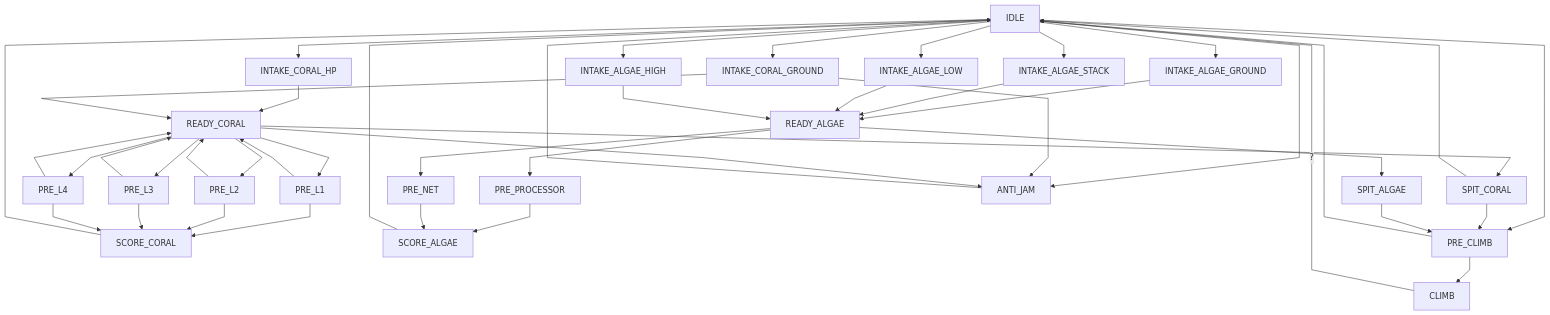
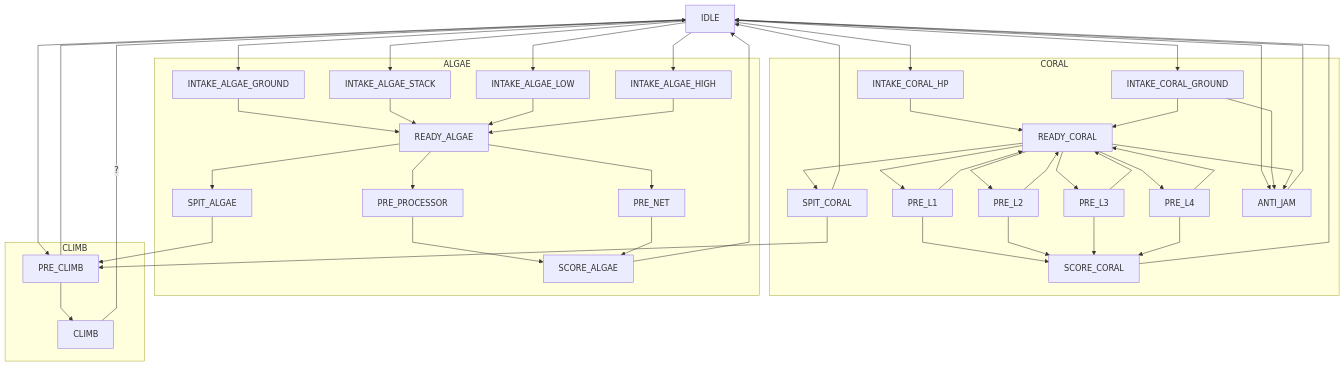
One commit to HighlanderRobotics/Reefscape changed the diagram in notes/superstructure.md. Above: the diagram before and after it, drawn with Mermaid.

Commit message:
clean up graph a little

````diff
--- a/notes/superstructure.md
+++ b/notes/superstructure.md
@@ -3,62 +3,80 @@
 ```mermaid
 %%{ init: { 'flowchart': { 'curve': 'linear' } } }%%
 graph TD;
 
 IDLE
 
 IDLE --> INTAKE_CORAL_HP
 IDLE --> INTAKE_CORAL_GROUND
+SCORE_CORAL --> IDLE
+SPIT_CORAL --> IDLE
+
+subgraph CORAL
+
+INTAKE_CORAL_HP
+INTAKE_CORAL_GROUND
 INTAKE_CORAL_HP --> READY_CORAL
 INTAKE_CORAL_GROUND --> READY_CORAL
 
 READY_CORAL --> SPIT_CORAL
-SPIT_CORAL --> IDLE
 
 READY_CORAL --> PRE_L1
 READY_CORAL --> PRE_L2
 READY_CORAL --> PRE_L3
 READY_CORAL --> PRE_L4
 
 SCORE_CORAL
 PRE_L1 --> SCORE_CORAL
 PRE_L2 --> SCORE_CORAL
 PRE_L3 --> SCORE_CORAL
 PRE_L4 --> SCORE_CORAL
 
 PRE_L1 --> READY_CORAL
 PRE_L2 --> READY_CORAL
 PRE_L3 --> READY_CORAL
 PRE_L4 --> READY_CORAL
-SCORE_CORAL --> IDLE
+
+ANTI_JAM
+
+end
 
 IDLE --> INTAKE_ALGAE_GROUND
 IDLE --> INTAKE_ALGAE_STACK
 IDLE --> INTAKE_ALGAE_LOW
 IDLE --> INTAKE_ALGAE_HIGH
+
+SCORE_ALGAE --> IDLE
+
+subgraph ALGAE
 
 INTAKE_ALGAE_GROUND --> READY_ALGAE
 INTAKE_ALGAE_STACK --> READY_ALGAE
 INTAKE_ALGAE_LOW --> READY_ALGAE
 INTAKE_ALGAE_HIGH --> READY_ALGAE
 
 READY_ALGAE --> SPIT_ALGAE
 READY_ALGAE --> PRE_PROCESSOR
 READY_ALGAE --> PRE_NET
 
 PRE_PROCESSOR --> SCORE_ALGAE
 PRE_NET --> SCORE_ALGAE
 
-SCORE_ALGAE --> IDLE
+end
 
 IDLE --> ANTI_JAM
 ANTI_JAM --> IDLE
 INTAKE_CORAL_GROUND --> ANTI_JAM
 READY_CORAL --> ANTI_JAM
 
 IDLE --> PRE_CLIMB
+PRE_CLIMB --> IDLE
+CLIMB --"?"--> IDLE
+
+subgraph climb [CLIMB]
+
 SPIT_CORAL --> PRE_CLIMB
 SPIT_ALGAE --> PRE_CLIMB
-PRE_CLIMB --> IDLE
 PRE_CLIMB --> CLIMB
-CLIMB --"?"--> IDLE
+
+end
 ```
````
